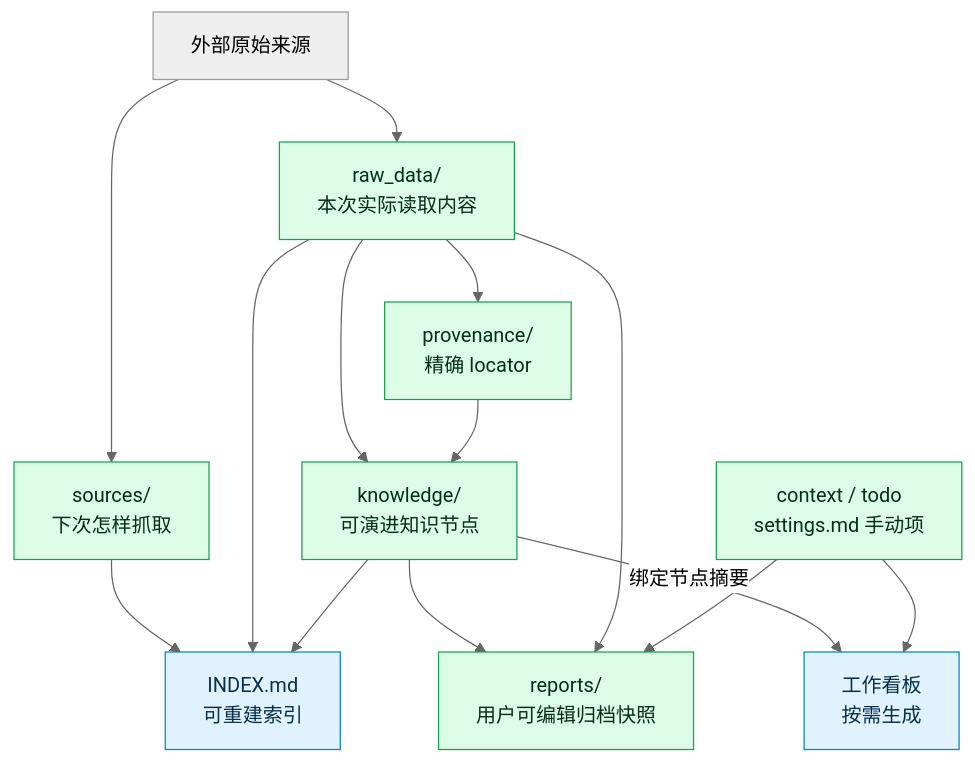
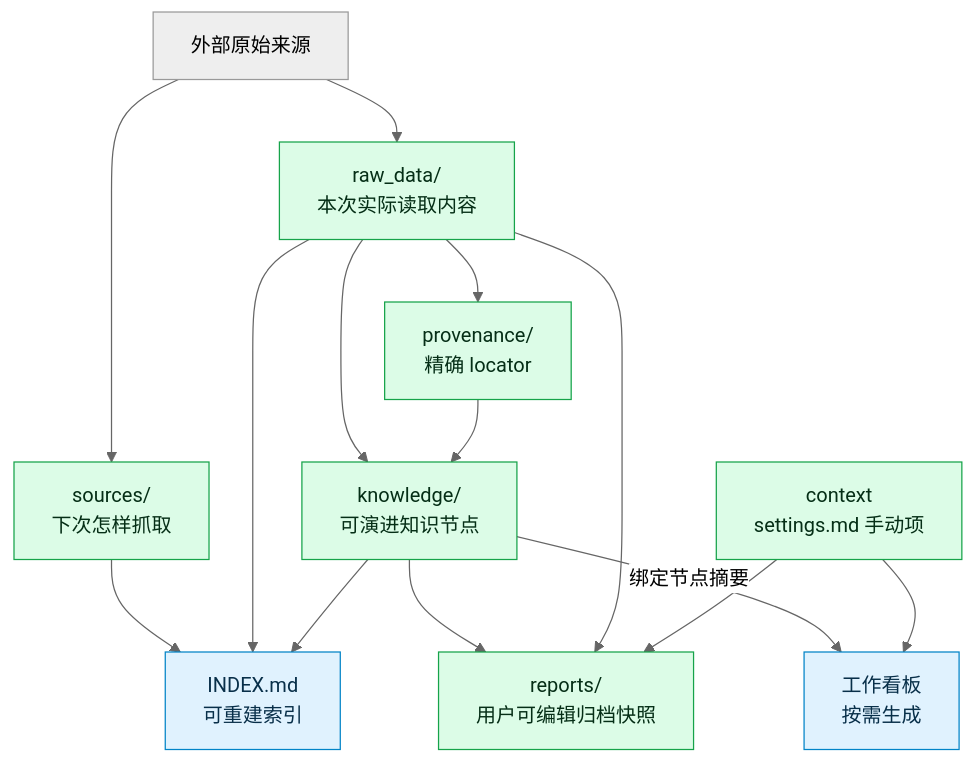
Before and after one commit to ranjiao/byteworker: the tenth of 19 diagrams in docs/development/ARCHITECTURE.md, drawn with Mermaid (neutral theme). The commit also changed other lines of this file and 81 other files, not shown here.

````diff
--- a/docs/development/ARCHITECTURE.md
+++ b/docs/development/ARCHITECTURE.md
@@ -539,31 +544,31 @@
 ```mermaid
 flowchart TD
     EXT["外部原始来源"]
     PROF["sources/<br/>下次怎样抓取"]
     RAW["raw_data/<br/>本次实际读取内容"]
     PROV["provenance/<br/>精确 locator"]
     NODE["knowledge/<br/>可演进知识节点"]
-    USER["context / todo<br/>settings.md 手动项"]
+    USER["context<br/>settings.md 手动项"]
     REPORT["reports/<br/>用户可编辑归档快照"]
     INDEX["INDEX.md<br/>可重建索引"]
     DASH["工作看板<br/>按需生成"]
 
     EXT --> PROF
     EXT --> RAW
     RAW --> PROV
     RAW --> NODE
     PROV --> NODE
     NODE --> REPORT
     RAW --> REPORT
     USER --> REPORT
     PROF --> INDEX
     RAW --> INDEX
     NODE --> INDEX
     NODE -->|绑定节点摘要| DASH
     USER --> DASH
 
     classDef truth fill:#dcfce7,stroke:#16a34a,color:#052e16
     classDef derived fill:#e0f2fe,stroke:#0284c7,color:#082f49
     class PROF,RAW,PROV,NODE,USER,REPORT truth
     class INDEX,DASH derived
 ```
````
